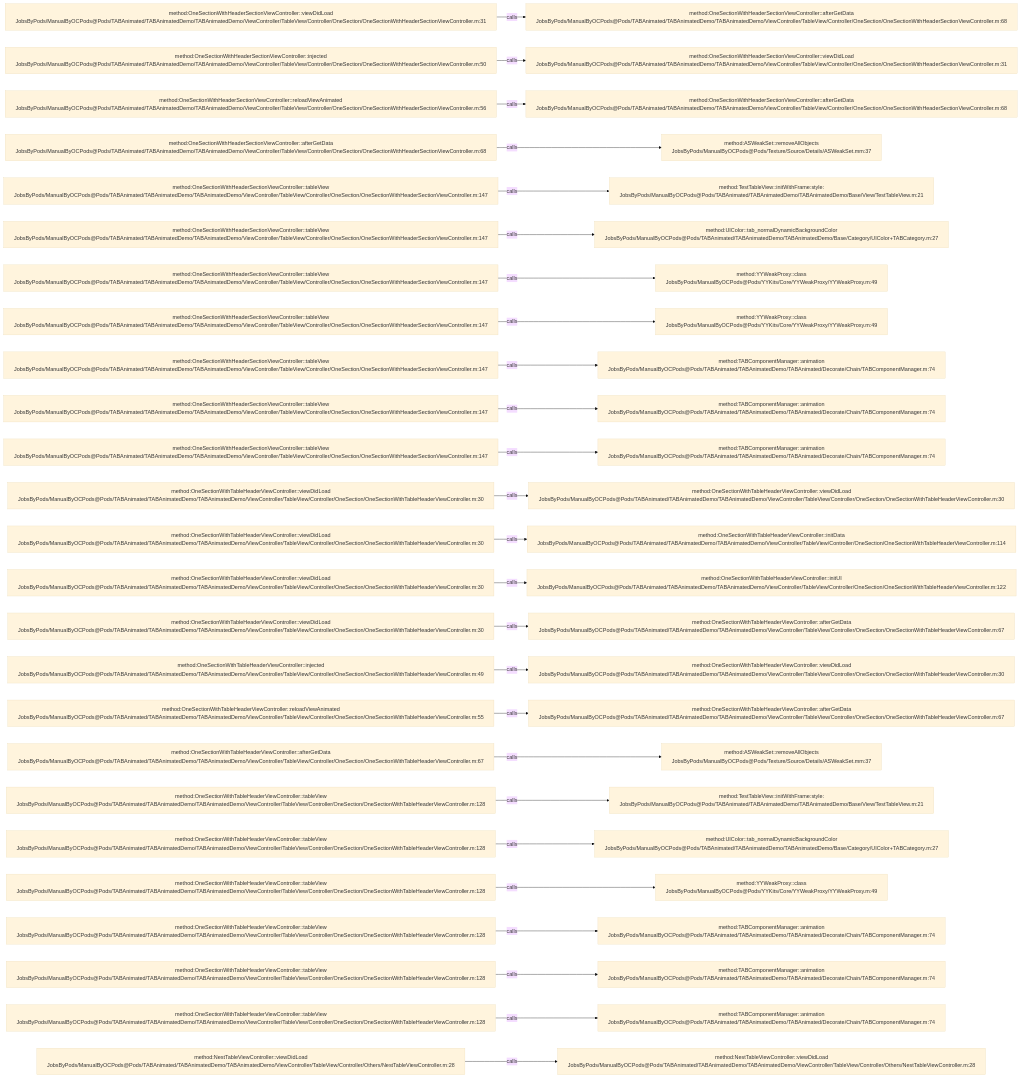
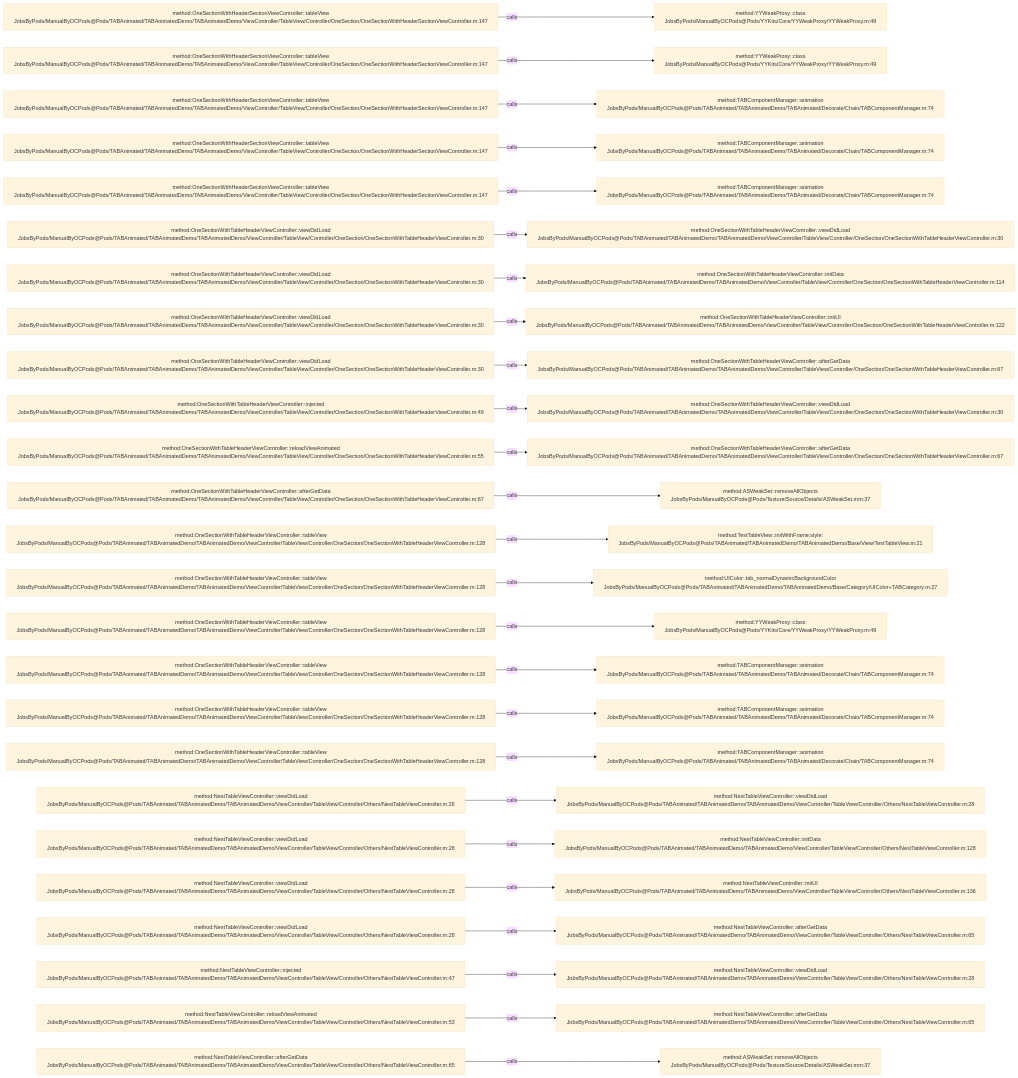
The diagram in .codegraph/codegraph.md/graphs/calls-049.md (JobsKits/JobsOCBaseConfigDemo), drawn with Mermaid (base theme) before and after one commit. The commit also changed 666 other files, not shown here.

````diff
--- a/.codegraph/codegraph.md/graphs/calls-049.md
+++ b/.codegraph/codegraph.md/graphs/calls-049.md
@@ -13,78 +13,78 @@
 ```mermaid
 flowchart LR
-  S1["method:OneSectionWithHeaderSectionViewController::viewDidLoad<br/>JobsByPods/ManualByOCPods@Pods/TABAnimated/TABAnimatedDemo/TABAnimatedDemo/ViewController/TableView/Controller/OneSection/OneSectionWithHeaderSectionViewController.m:31"]
-  T1["method:OneSectionWithHeaderSectionViewController::afterGetData<br/>JobsByPods/ManualByOCPods@Pods/TABAnimated/TABAnimatedDemo/TABAnimatedDemo/ViewController/TableView/Controller/OneSection/OneSectionWithHeaderSectionViewController.m:68"]
+  S1["method:OneSectionWithHeaderSectionViewController::tableView<br/>JobsByPods/ManualByOCPods@Pods/TABAnimated/TABAnimatedDemo/TABAnimatedDemo/ViewController/TableView/Controller/OneSection/OneSectionWithHeaderSectionViewController.m:147"]
+  T1["method:YYWeakProxy::class<br/>JobsByPods/ManualByOCPods@Pods/YYKits/Core/YYWeakProxy/YYWeakProxy.m:49"]
   S1 -->|calls| T1
-  S2["method:OneSectionWithHeaderSectionViewController::injected<br/>JobsByPods/ManualByOCPods@Pods/TABAnimated/TABAnimatedDemo/TABAnimatedDemo/ViewController/TableView/Controller/OneSection/OneSectionWithHeaderSectionViewController.m:50"]
-  T2["method:OneSectionWithHeaderSectionViewController::viewDidLoad<br/>JobsByPods/ManualByOCPods@Pods/TABAnimated/TABAnimatedDemo/TABAnimatedDemo/ViewController/TableView/Controller/OneSection/OneSectionWithHeaderSectionViewController.m:31"]
+  S2["method:OneSectionWithHeaderSectionViewController::tableView<br/>JobsByPods/ManualByOCPods@Pods/TABAnimated/TABAnimatedDemo/TABAnimatedDemo/ViewController/TableView/Controller/OneSection/OneSectionWithHeaderSectionViewController.m:147"]
+  T2["method:YYWeakProxy::class<br/>JobsByPods/ManualByOCPods@Pods/YYKits/Core/YYWeakProxy/YYWeakProxy.m:49"]
   S2 -->|calls| T2
-  S3["method:OneSectionWithHeaderSectionViewController::reloadViewAnimated<br/>JobsByPods/ManualByOCPods@Pods/TABAnimated/TABAnimatedDemo/TABAnimatedDemo/ViewController/TableView/Controller/OneSection/OneSectionWithHeaderSectionViewController.m:56"]
-  T3["method:OneSectionWithHeaderSectionViewController::afterGetData<br/>JobsByPods/ManualByOCPods@Pods/TABAnimated/TABAnimatedDemo/TABAnimatedDemo/ViewController/TableView/Controller/OneSection/OneSectionWithHeaderSectionViewController.m:68"]
+  S3["method:OneSectionWithHeaderSectionViewController::tableView<br/>JobsByPods/ManualByOCPods@Pods/TABAnimated/TABAnimatedDemo/TABAnimatedDemo/ViewController/TableView/Controller/OneSection/OneSectionWithHeaderSectionViewController.m:147"]
+  T3["method:TABComponentManager::animation<br/>JobsByPods/ManualByOCPods@Pods/TABAnimated/TABAnimatedDemo/TABAnimated/Decorate/Chain/TABComponentManager.m:74"]
   S3 -->|calls| T3
-  S4["method:OneSectionWithHeaderSectionViewController::afterGetData<br/>JobsByPods/ManualByOCPods@Pods/TABAnimated/TABAnimatedDemo/TABAnimatedDemo/ViewController/TableView/Controller/OneSection/OneSectionWithHeaderSectionViewController.m:68"]
-  T4["method:ASWeakSet::removeAllObjects<br/>JobsByPods/ManualByOCPods@Pods/Texture/Source/Details/ASWeakSet.mm:37"]
+  S4["method:OneSectionWithHeaderSectionViewController::tableView<br/>JobsByPods/ManualByOCPods@Pods/TABAnimated/TABAnimatedDemo/TABAnimatedDemo/ViewController/TableView/Controller/OneSection/OneSectionWithHeaderSectionViewController.m:147"]
+  T4["method:TABComponentManager::animation<br/>JobsByPods/ManualByOCPods@Pods/TABAnimated/TABAnimatedDemo/TABAnimated/Decorate/Chain/TABComponentManager.m:74"]
   S4 -->|calls| T4
   S5["method:OneSectionWithHeaderSectionViewController::tableView<br/>JobsByPods/ManualByOCPods@Pods/TABAnimated/TABAnimatedDemo/TABAnimatedDemo/ViewController/TableView/Controller/OneSection/OneSectionWithHeaderSectionViewController.m:147"]
-  T5["method:TestTableView::initWithFrame:style:<br/>JobsByPods/ManualByOCPods@Pods/TABAnimated/TABAnimatedDemo/TABAnimatedDemo/Base/View/TestTableView.m:21"]
+  T5["method:TABComponentManager::animation<br/>JobsByPods/ManualByOCPods@Pods/TABAnimated/TABAnimatedDemo/TABAnimated/Decorate/Chain/TABComponentManager.m:74"]
   S5 -->|calls| T5
-  S6["method:OneSectionWithHeaderSectionViewController::tableView<br/>JobsByPods/ManualByOCPods@Pods/TABAnimated/TABAnimatedDemo/TABAnimatedDemo/ViewController/TableView/Controller/OneSection/OneSectionWithHeaderSectionViewController.m:147"]
-  T6["method:UIColor::tab_normalDynamicBackgroundColor<br/>JobsByPods/ManualByOCPods@Pods/TABAnimated/TABAnimatedDemo/TABAnimatedDemo/Base/Category/UIColor+TABCategory.m:27"]
+  S6["method:OneSectionWithTableHeaderViewController::viewDidLoad<br/>JobsByPods/ManualByOCPods@Pods/TABAnimated/TABAnimatedDemo/TABAnimatedDemo/ViewController/TableView/Controller/OneSection/OneSectionWithTableHeaderViewController.m:30"]
+  T6["method:OneSectionWithTableHeaderViewController::viewDidLoad<br/>JobsByPods/ManualByOCPods@Pods/TABAnimated/TABAnimatedDemo/TABAnimatedDemo/ViewController/TableView/Controller/OneSection/OneSectionWithTableHeaderViewController.m:30"]
   S6 -->|calls| T6
-  S7["method:OneSectionWithHeaderSectionViewController::tableView<br/>JobsByPods/ManualByOCPods@Pods/TABAnimated/TABAnimatedDemo/TABAnimatedDemo/ViewController/TableView/Controller/OneSection/OneSectionWithHeaderSectionViewController.m:147"]
-  T7["method:YYWeakProxy::class<br/>JobsByPods/ManualByOCPods@Pods/YYKits/Core/YYWeakProxy/YYWeakProxy.m:49"]
+  S7["method:OneSectionWithTableHeaderViewController::viewDidLoad<br/>JobsByPods/ManualByOCPods@Pods/TABAnimated/TABAnimatedDemo/TABAnimatedDemo/ViewController/TableView/Controller/OneSection/OneSectionWithTableHeaderViewController.m:30"]
+  T7["method:OneSectionWithTableHeaderViewController::initData<br/>JobsByPods/ManualByOCPods@Pods/TABAnimated/TABAnimatedDemo/TABAnimatedDemo/ViewController/TableView/Controller/OneSection/OneSectionWithTableHeaderViewController.m:114"]
   S7 -->|calls| T7
-  S8["method:OneSectionWithHeaderSectionViewController::tableView<br/>JobsByPods/ManualByOCPods@Pods/TABAnimated/TABAnimatedDemo/TABAnimatedDemo/ViewController/TableView/Controller/OneSection/OneSectionWithHeaderSectionViewController.m:147"]
-  T8["method:YYWeakProxy::class<br/>JobsByPods/ManualByOCPods@Pods/YYKits/Core/YYWeakProxy/YYWeakProxy.m:49"]
+  S8["method:OneSectionWithTableHeaderViewController::viewDidLoad<br/>JobsByPods/ManualByOCPods@Pods/TABAnimated/TABAnimatedDemo/TABAnimatedDemo/ViewController/TableView/Controller/OneSection/OneSectionWithTableHeaderViewController.m:30"]
+  T8["method:OneSectionWithTableHeaderViewController::initUI<br/>JobsByPods/ManualByOCPods@Pods/TABAnimated/TABAnimatedDemo/TABAnimatedDemo/ViewController/TableView/Controller/OneSection/OneSectionWithTableHeaderViewController.m:122"]
   S8 -->|calls| T8
-  S9["method:OneSectionWithHeaderSectionViewController::tableView<br/>JobsByPods/ManualByOCPods@Pods/TABAnimated/TABAnimatedDemo/TABAnimatedDemo/ViewController/TableView/Controller/OneSection/OneSectionWithHeaderSectionViewController.m:147"]
-  T9["method:TABComponentManager::animation<br/>JobsByPods/ManualByOCPods@Pods/TABAnimated/TABAnimatedDemo/TABAnimated/Decorate/Chain/TABComponentManager.m:74"]
+  S9["method:OneSectionWithTableHeaderViewController::viewDidLoad<br/>JobsByPods/ManualByOCPods@Pods/TABAnimated/TABAnimatedDemo/TABAnimatedDemo/ViewController/TableView/Controller/OneSection/OneSectionWithTableHeaderViewController.m:30"]
+  T9["method:OneSectionWithTableHeaderViewController::afterGetData<br/>JobsByPods/ManualByOCPods@Pods/TABAnimated/TABAnimatedDemo/TABAnimatedDemo/ViewController/TableView/Controller/OneSection/OneSectionWithTableHeaderViewController.m:67"]
   S9 -->|calls| T9
-  S10["method:OneSectionWithHeaderSectionViewController::tableView<br/>JobsByPods/ManualByOCPods@Pods/TABAnimated/TABAnimatedDemo/TABAnimatedDemo/ViewController/TableView/Controller/OneSection/OneSectionWithHeaderSectionViewController.m:147"]
-  T10["method:TABComponentManager::animation<br/>JobsByPods/ManualByOCPods@Pods/TABAnimated/TABAnimatedDemo/TABAnimated/Decorate/Chain/TABComponentManager.m:74"]
+  S10["method:OneSectionWithTableHeaderViewController::injected<br/>JobsByPods/ManualByOCPods@Pods/TABAnimated/TABAnimatedDemo/TABAnimatedDemo/ViewController/TableView/Controller/OneSection/OneSectionWithTableHeaderViewController.m:49"]
+  T10["method:OneSectionWithTableHeaderViewController::viewDidLoad<br/>JobsByPods/ManualByOCPods@Pods/TABAnimated/TABAnimatedDemo/TABAnimatedDemo/ViewController/TableView/Controller/OneSection/OneSectionWithTableHeaderViewController.m:30"]
   S10 -->|calls| T10
-  S11["method:OneSectionWithHeaderSectionViewController::tableView<br/>JobsByPods/ManualByOCPods@Pods/TABAnimated/TABAnimatedDemo/TABAnimatedDemo/ViewController/TableView/Controller/OneSection/OneSectionWithHeaderSectionViewController.m:147"]
-  T11["method:TABComponentManager::animation<br/>JobsByPods/ManualByOCPods@Pods/TABAnimated/TABAnimatedDemo/TABAnimated/Decorate/Chain/TABComponentManager.m:74"]
+  S11["method:OneSectionWithTableHeaderViewController::reloadViewAnimated<br/>JobsByPods/ManualByOCPods@Pods/TABAnimated/TABAnimatedDemo/TABAnimatedDemo/ViewController/TableView/Controller/OneSection/OneSectionWithTableHeaderViewController.m:55"]
+  T11["method:OneSectionWithTableHeaderViewController::afterGetData<br/>JobsByPods/ManualByOCPods@Pods/TABAnimated/TABAnimatedDemo/TABAnimatedDemo/ViewController/TableView/Controller/OneSection/OneSectionWithTableHeaderViewController.m:67"]
   S11 -->|calls| T11
-  S12["method:OneSectionWithTableHeaderViewController::viewDidLoad<br/>JobsByPods/ManualByOCPods@Pods/TABAnimated/TABAnimatedDemo/TABAnimatedDemo/ViewController/TableView/Controller/OneSection/OneSectionWithTableHeaderViewController.m:30"]
-  T12["method:OneSectionWithTableHeaderViewController::viewDidLoad<br/>JobsByPods/ManualByOCPods@Pods/TABAnimated/TABAnimatedDemo/TABAnimatedDemo/ViewController/TableView/Controller/OneSection/OneSectionWithTableHeaderViewController.m:30"]
+  S12["method:OneSectionWithTableHeaderViewController::afterGetData<br/>JobsByPods/ManualByOCPods@Pods/TABAnimated/TABAnimatedDemo/TABAnimatedDemo/ViewController/TableView/Controller/OneSection/OneSectionWithTableHeaderViewController.m:67"]
+  T12["method:ASWeakSet::removeAllObjects<br/>JobsByPods/ManualByOCPods@Pods/Texture/Source/Details/ASWeakSet.mm:37"]
   S12 -->|calls| T12
-  S13["method:OneSectionWithTableHeaderViewController::viewDidLoad<br/>JobsByPods/ManualByOCPods@Pods/TABAnimated/TABAnimatedDemo/TABAnimatedDemo/ViewController/TableView/Controller/OneSection/OneSectionWithTableHeaderViewController.m:30"]
-  T13["method:OneSectionWithTableHeaderViewController::initData<br/>JobsByPods/ManualByOCPods@Pods/TABAnimated/TABAnimatedDemo/TABAnimatedDemo/ViewController/TableView/Controller/OneSection/OneSectionWithTableHeaderViewController.m:114"]
+  S13["method:OneSectionWithTableHeaderViewController::tableView<br/>JobsByPods/ManualByOCPods@Pods/TABAnimated/TABAnimatedDemo/TABAnimatedDemo/ViewController/TableView/Controller/OneSection/OneSectionWithTableHeaderViewController.m:128"]
+  T13["method:TestTableView::initWithFrame:style:<br/>JobsByPods/ManualByOCPods@Pods/TABAnimated/TABAnimatedDemo/TABAnimatedDemo/Base/View/TestTableView.m:21"]
   S13 -->|calls| T13
-  S14["method:OneSectionWithTableHeaderViewController::viewDidLoad<br/>JobsByPods/ManualByOCPods@Pods/TABAnimated/TABAnimatedDemo/TABAnimatedDemo/ViewController/TableView/Controller/OneSection/OneSectionWithTableHeaderViewController.m:30"]
-  T14["method:OneSectionWithTableHeaderViewController::initUI<br/>JobsByPods/ManualByOCPods@Pods/TABAnimated/TABAnimatedDemo/TABAnimatedDemo/ViewController/TableView/Controller/OneSection/OneSectionWithTableHeaderViewController.m:122"]
+  S14["method:OneSectionWithTableHeaderViewController::tableView<br/>JobsByPods/ManualByOCPods@Pods/TABAnimated/TABAnimatedDemo/TABAnimatedDemo/ViewController/TableView/Controller/OneSection/OneSectionWithTableHeaderViewController.m:128"]
+  T14["method:UIColor::tab_normalDynamicBackgroundColor<br/>JobsByPods/ManualByOCPods@Pods/TABAnimated/TABAnimatedDemo/TABAnimatedDemo/Base/Category/UIColor+TABCategory.m:27"]
   S14 -->|calls| T14
-  S15["method:OneSectionWithTableHeaderViewController::viewDidLoad<br/>JobsByPods/ManualByOCPods@Pods/TABAnimated/TABAnimatedDemo/TABAnimatedDemo/ViewController/TableView/Controller/OneSection/OneSectionWithTableHeaderViewController.m:30"]
-  T15["method:OneSectionWithTableHeaderViewController::afterGetData<br/>JobsByPods/ManualByOCPods@Pods/TABAnimated/TABAnimatedDemo/TABAnimatedDemo/ViewController/TableView/Controller/OneSection/OneSectionWithTableHeaderViewController.m:67"]
+  S15["method:OneSectionWithTableHeaderViewController::tableView<br/>JobsByPods/ManualByOCPods@Pods/TABAnimated/TABAnimatedDemo/TABAnimatedDemo/ViewController/TableView/Controller/OneSection/OneSectionWithTableHeaderViewController.m:128"]
+  T15["method:YYWeakProxy::class<br/>JobsByPods/ManualByOCPods@Pods/YYKits/Core/YYWeakProxy/YYWeakProxy.m:49"]
   S15 -->|calls| T15
-  S16["method:OneSectionWithTableHeaderViewController::injected<br/>JobsByPods/ManualByOCPods@Pods/TABAnimated/TABAnimatedDemo/TABAnimatedDemo/ViewController/TableView/Controller/OneSection/OneSectionWithTableHeaderViewController.m:49"]
-  T16["method:OneSectionWithTableHeaderViewController::viewDidLoad<br/>JobsByPods/ManualByOCPods@Pods/TABAnimated/TABAnimatedDemo/TABAnimatedDemo/ViewController/TableView/Controller/OneSection/OneSectionWithTableHeaderViewController.m:30"]
+  S16["method:OneSectionWithTableHeaderViewController::tableView<br/>JobsByPods/ManualByOCPods@Pods/TABAnimated/TABAnimatedDemo/TABAnimatedDemo/ViewController/TableView/Controller/OneSection/OneSectionWithTableHeaderViewController.m:128"]
+  T16["method:TABComponentManager::animation<br/>JobsByPods/ManualByOCPods@Pods/TABAnimated/TABAnimatedDemo/TABAnimated/Decorate/Chain/TABComponentManager.m:74"]
   S16 -->|calls| T16
-  S17["method:OneSectionWithTableHeaderViewController::reloadViewAnimated<br/>JobsByPods/ManualByOCPods@Pods/TABAnimated/TABAnimatedDemo/TABAnimatedDemo/ViewController/TableView/Controller/OneSection/OneSectionWithTableHeaderViewController.m:55"]
-  T17["method:OneSectionWithTableHeaderViewController::afterGetData<br/>JobsByPods/ManualByOCPods@Pods/TABAnimated/TABAnimatedDemo/TABAnimatedDemo/ViewController/TableView/Controller/OneSection/OneSectionWithTableHeaderViewController.m:67"]
+  S17["method:OneSectionWithTableHeaderViewController::tableView<br/>JobsByPods/ManualByOCPods@Pods/TABAnimated/TABAnimatedDemo/TABAnimatedDemo/ViewController/TableView/Controller/OneSection/OneSectionWithTableHeaderViewController.m:128"]
+  T17["method:TABComponentManager::animation<br/>JobsByPods/ManualByOCPods@Pods/TABAnimated/TABAnimatedDemo/TABAnimated/Decorate/Chain/TABComponentManager.m:74"]
   S17 -->|calls| T17
-  S18["method:OneSectionWithTableHeaderViewController::afterGetData<br/>JobsByPods/ManualByOCPods@Pods/TABAnimated/TABAnimatedDemo/TABAnimatedDemo/ViewController/TableView/Controller/OneSection/OneSectionWithTableHeaderViewController.m:67"]
-  T18["method:ASWeakSet::removeAllObjects<br/>JobsByPods/ManualByOCPods@Pods/Texture/Source/Details/ASWeakSet.mm:37"]
+  S18["method:OneSectionWithTableHeaderViewController::tableView<br/>JobsByPods/ManualByOCPods@Pods/TABAnimated/TABAnimatedDemo/TABAnimatedDemo/ViewController/TableView/Controller/OneSection/OneSectionWithTableHeaderViewController.m:128"]
+  T18["method:TABComponentManager::animation<br/>JobsByPods/ManualByOCPods@Pods/TABAnimated/TABAnimatedDemo/TABAnimated/Decorate/Chain/TABComponentManager.m:74"]
   S18 -->|calls| T18
-  S19["method:OneSectionWithTableHeaderViewController::tableView<br/>JobsByPods/ManualByOCPods@Pods/TABAnimated/TABAnimatedDemo/TABAnimatedDemo/ViewController/TableView/Controller/OneSection/OneSectionWithTableHeaderViewController.m:128"]
-  T19["method:TestTableView::initWithFrame:style:<br/>JobsByPods/ManualByOCPods@Pods/TABAnimated/TABAnimatedDemo/TABAnimatedDemo/Base/View/TestTableView.m:21"]
+  S19["method:NestTableViewController::viewDidLoad<br/>JobsByPods/ManualByOCPods@Pods/TABAnimated/TABAnimatedDemo/TABAnimatedDemo/ViewController/TableView/Controller/Others/NestTableViewController.m:28"]
+  T19["method:NestTableViewController::viewDidLoad<br/>JobsByPods/ManualByOCPods@Pods/TABAnimated/TABAnimatedDemo/TABAnimatedDemo/ViewController/TableView/Controller/Others/NestTableViewController.m:28"]
   S19 -->|calls| T19
-  S20["method:OneSectionWithTableHeaderViewController::tableView<br/>JobsByPods/ManualByOCPods@Pods/TABAnimated/TABAnimatedDemo/TABAnimatedDemo/ViewController/TableView/Controller/OneSection/OneSectionWithTableHeaderViewController.m:128"]
-  T20["method:UIColor::tab_normalDynamicBackgroundColor<br/>JobsByPods/ManualByOCPods@Pods/TABAnimated/TABAnimatedDemo/TABAnimatedDemo/Base/Category/UIColor+TABCategory.m:27"]
+  S20["method:NestTableViewController::viewDidLoad<br/>JobsByPods/ManualByOCPods@Pods/TABAnimated/TABAnimatedDemo/TABAnimatedDemo/ViewController/TableView/Controller/Others/NestTableViewController.m:28"]
+  T20["method:NestTableViewController::initData<br/>JobsByPods/ManualByOCPods@Pods/TABAnimated/TABAnimatedDemo/TABAnimatedDemo/ViewController/TableView/Controller/Others/NestTableViewController.m:128"]
   S20 -->|calls| T20
-  S21["method:OneSectionWithTableHeaderViewController::tableView<br/>JobsByPods/ManualByOCPods@Pods/TABAnimated/TABAnimatedDemo/TABAnimatedDemo/ViewController/TableView/Controller/OneSection/OneSectionWithTableHeaderViewController.m:128"]
-  T21["method:YYWeakProxy::class<br/>JobsByPods/ManualByOCPods@Pods/YYKits/Core/YYWeakProxy/YYWeakProxy.m:49"]
+  S21["method:NestTableViewController::viewDidLoad<br/>JobsByPods/ManualByOCPods@Pods/TABAnimated/TABAnimatedDemo/TABAnimatedDemo/ViewController/TableView/Controller/Others/NestTableViewController.m:28"]
+  T21["method:NestTableViewController::initUI<br/>JobsByPods/ManualByOCPods@Pods/TABAnimated/TABAnimatedDemo/TABAnimatedDemo/ViewController/TableView/Controller/Others/NestTableViewController.m:136"]
   S21 -->|calls| T21
-  S22["method:OneSectionWithTableHeaderViewController::tableView<br/>JobsByPods/ManualByOCPods@Pods/TABAnimated/TABAnimatedDemo/TABAnimatedDemo/ViewController/TableView/Controller/OneSection/OneSectionWithTableHeaderViewController.m:128"]
-  T22["method:TABComponentManager::animation<br/>JobsByPods/ManualByOCPods@Pods/TABAnimated/TABAnimatedDemo/TABAnimated/Decorate/Chain/TABComponentManager.m:74"]
+  S22["method:NestTableViewController::viewDidLoad<br/>JobsByPods/ManualByOCPods@Pods/TABAnimated/TABAnimatedDemo/TABAnimatedDemo/ViewController/TableView/Controller/Others/NestTableViewController.m:28"]
+  T22["method:NestTableViewController::afterGetData<br/>JobsByPods/ManualByOCPods@Pods/TABAnimated/TABAnimatedDemo/TABAnimatedDemo/ViewController/TableView/Controller/Others/NestTableViewController.m:65"]
   S22 -->|calls| T22
-  S23["method:OneSectionWithTableHeaderViewController::tableView<br/>JobsByPods/ManualByOCPods@Pods/TABAnimated/TABAnimatedDemo/TABAnimatedDemo/ViewController/TableView/Controller/OneSection/OneSectionWithTableHeaderViewController.m:128"]
-  T23["method:TABComponentManager::animation<br/>JobsByPods/ManualByOCPods@Pods/TABAnimated/TABAnimatedDemo/TABAnimated/Decorate/Chain/TABComponentManager.m:74"]
+  S23["method:NestTableViewController::injected<br/>JobsByPods/ManualByOCPods@Pods/TABAnimated/TABAnimatedDemo/TABAnimatedDemo/ViewController/TableView/Controller/Others/NestTableViewController.m:47"]
+  T23["method:NestTableViewController::viewDidLoad<br/>JobsByPods/ManualByOCPods@Pods/TABAnimated/TABAnimatedDemo/TABAnimatedDemo/ViewController/TableView/Controller/Others/NestTableViewController.m:28"]
   S23 -->|calls| T23
-  S24["method:OneSectionWithTableHeaderViewController::tableView<br/>JobsByPods/ManualByOCPods@Pods/TABAnimated/TABAnimatedDemo/TABAnimatedDemo/ViewController/TableView/Controller/OneSection/OneSectionWithTableHeaderViewController.m:128"]
-  T24["method:TABComponentManager::animation<br/>JobsByPods/ManualByOCPods@Pods/TABAnimated/TABAnimatedDemo/TABAnimated/Decorate/Chain/TABComponentManager.m:74"]
+  S24["method:NestTableViewController::reloadViewAnimated<br/>JobsByPods/ManualByOCPods@Pods/TABAnimated/TABAnimatedDemo/TABAnimatedDemo/ViewController/TableView/Controller/Others/NestTableViewController.m:53"]
+  T24["method:NestTableViewController::afterGetData<br/>JobsByPods/ManualByOCPods@Pods/TABAnimated/TABAnimatedDemo/TABAnimatedDemo/ViewController/TableView/Controller/Others/NestTableViewController.m:65"]
   S24 -->|calls| T24
-  S25["method:NestTableViewController::viewDidLoad<br/>JobsByPods/ManualByOCPods@Pods/TABAnimated/TABAnimatedDemo/TABAnimatedDemo/ViewController/TableView/Controller/Others/NestTableViewController.m:28"]
-  T25["method:NestTableViewController::viewDidLoad<br/>JobsByPods/ManualByOCPods@Pods/TABAnimated/TABAnimatedDemo/TABAnimatedDemo/ViewController/TableView/Controller/Others/NestTableViewController.m:28"]
+  S25["method:NestTableViewController::afterGetData<br/>JobsByPods/ManualByOCPods@Pods/TABAnimated/TABAnimatedDemo/TABAnimatedDemo/ViewController/TableView/Controller/Others/NestTableViewController.m:65"]
+  T25["method:ASWeakSet::removeAllObjects<br/>JobsByPods/ManualByOCPods@Pods/Texture/Source/Details/ASWeakSet.mm:37"]
   S25 -->|calls| T25
 ```
````
